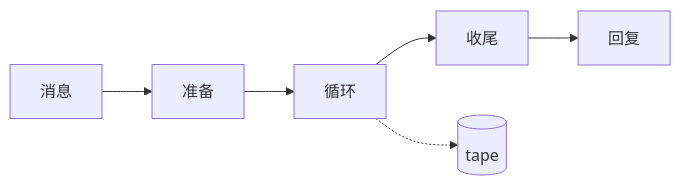
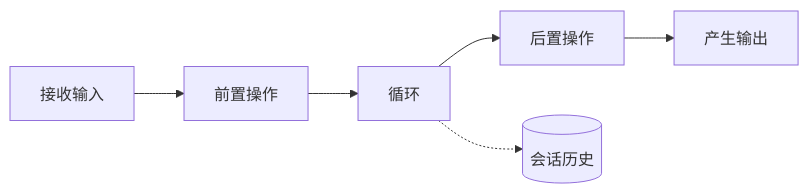
The diagram in website/src/content/docs/zh-cn/docs/concepts/index.mdx (100gle/bub), drawn with Mermaid before and after one commit. The commit also changed other lines of this file and 3 other files, not shown here.

````diff
--- a/website/src/content/docs/zh-cn/docs/concepts/index.mdx
+++ b/website/src/content/docs/zh-cn/docs/concepts/index.mdx
@@ -28,5 +30,5 @@
 ```mermaid
 flowchart LR
-  A["消息"] --> B["准备"] --> C["循环"] --> D["收尾"] --> E["回复"]
-  C -.-> T[("tape")]
+  A["接收输入"] --> B["前置操作"] --> C["循环"] --> D["后置操作"] --> E["产生输出"]
+  C -.-> T[("会话历史")]
 ```
````
